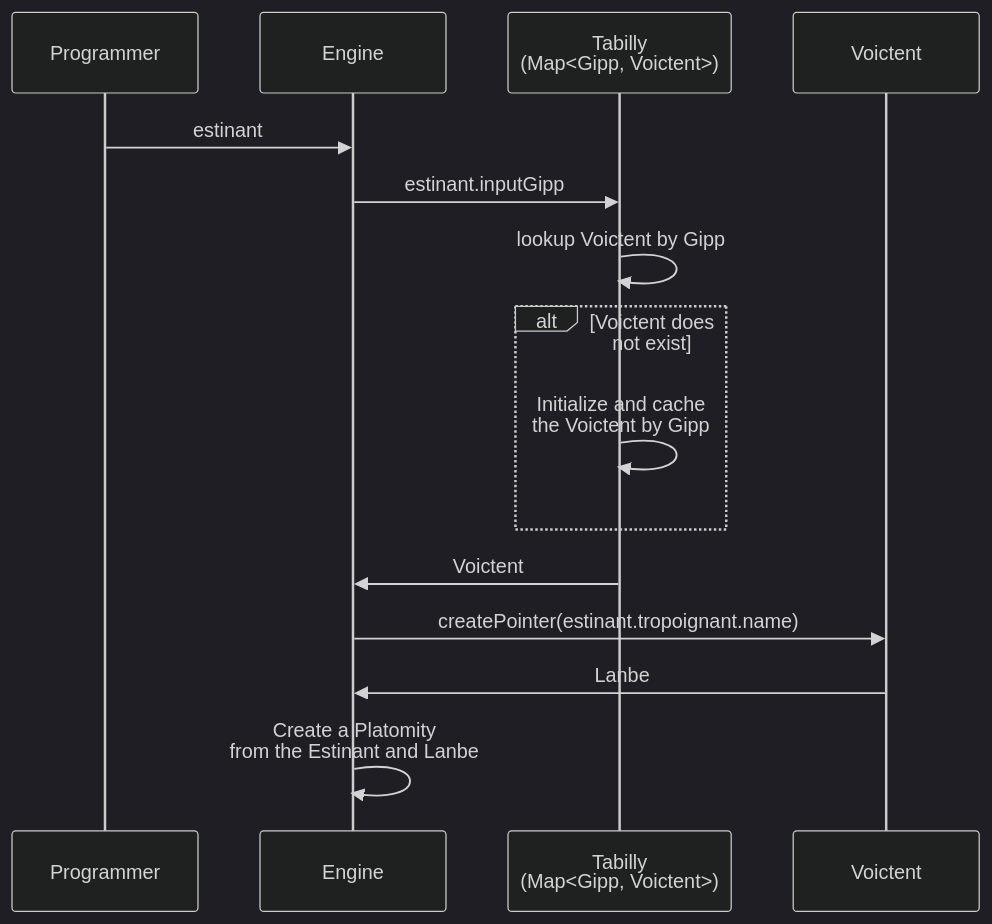
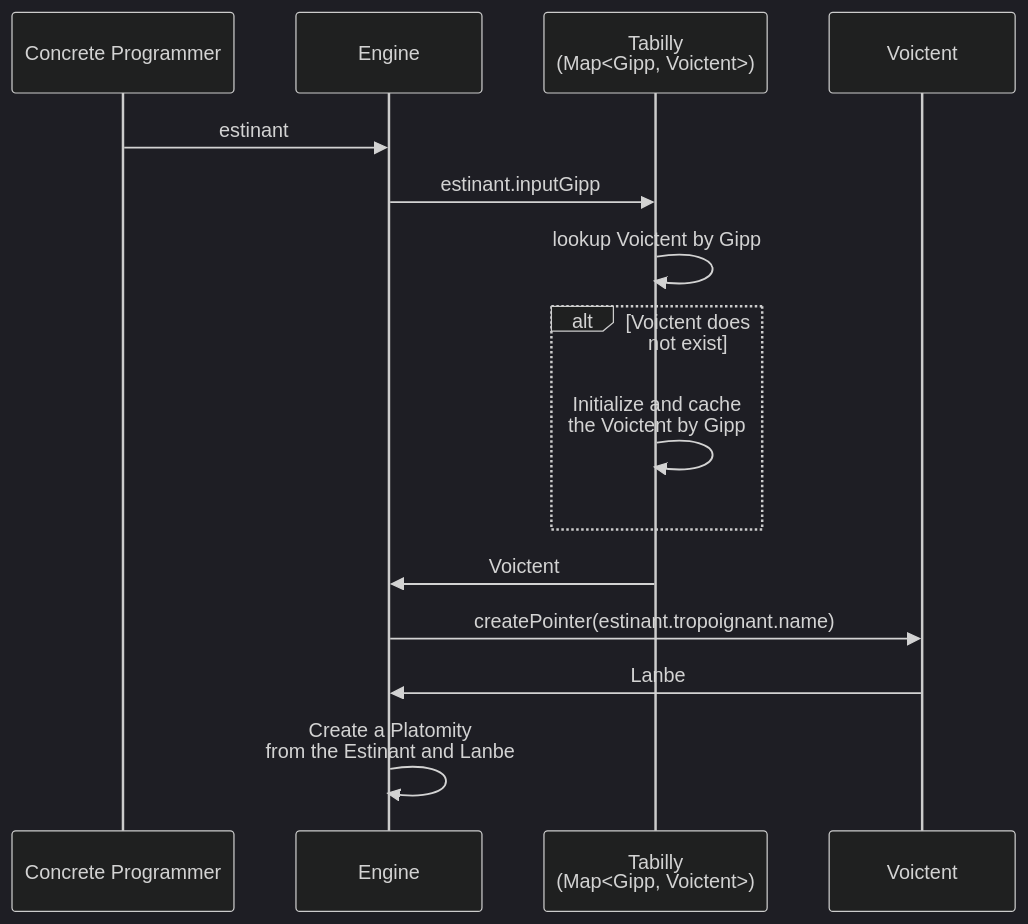
Before and after one commit to rachidlamouri/testing-platform: the fifth of 6 diagrams in packages/open-schema-type-script/README.md, drawn with Mermaid (dark theme). The commit also changed other lines of this file and 4 other files, not shown here.

Commit message:
Document the Abstract Programmer vs the Concrete Programmer

````diff
--- a/packages/open-schema-type-script/README.md
+++ b/packages/open-schema-type-script/README.md
@@ -152,20 +162,20 @@
 ```mermaid
 sequenceDiagram
-  participant P as Programmer
+  participant P as Concrete Programmer
   participant E as Engine
   participant T as Tabilly <br> (Map<Gipp, Voictent>)
   participant V as Voictent
 
   P ->> E: estinant
   E ->> T: estinant.inputGipp
   T ->> T: lookup Voictent by Gipp
 
   alt Voictent does not exist
     T ->> T: Initialize and cache <br> the Voictent by Gipp
   end
 
   T ->> E: Voictent
   E ->> V: createPointer(estinant.tropoignant.name)
   V ->> E: Lanbe
   E ->> E: Create a Platomity <br> from the Estinant and Lanbe
 ```
````
